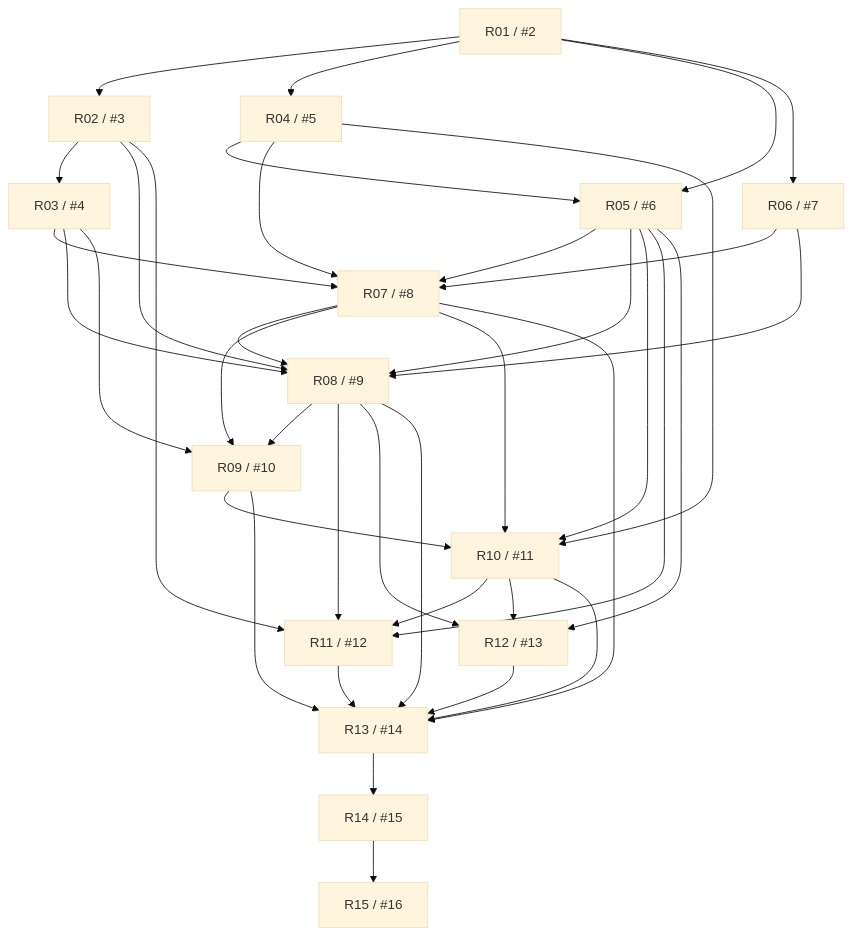
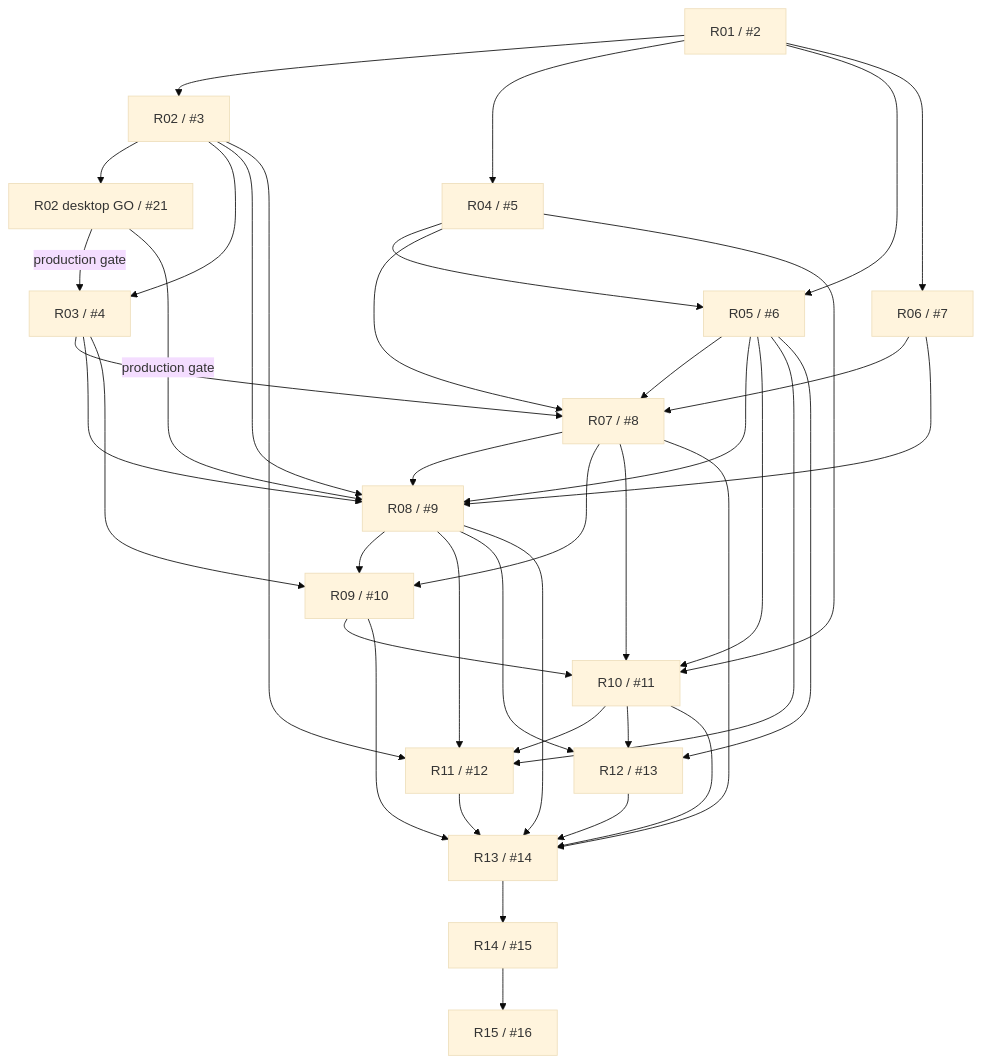
The diagram in docs/RUST_REWRITE_ISSUES.md (tjorim/ElevenClock), drawn with Mermaid (base theme) before and after one commit. The commit also changed other lines of this file and 2 other files, not shown here.

Commit message:
Consolidate deferred desktop acceptance in issue 21

````diff
--- a/docs/RUST_REWRITE_ISSUES.md
+++ b/docs/RUST_REWRITE_ISSUES.md
@@ -45,55 +46,59 @@
 ```mermaid
 flowchart TD
   R01["R01 / #2"]
   R02["R02 / #3"]
+  R02Desktop["R02 desktop GO / #21"]
   R03["R03 / #4"]
   R04["R04 / #5"]
   R05["R05 / #6"]
   R06["R06 / #7"]
   R07["R07 / #8"]
   R08["R08 / #9"]
   R09["R09 / #10"]
   R10["R10 / #11"]
   R11["R11 / #12"]
   R12["R12 / #13"]
   R13["R13 / #14"]
   R14["R14 / #15"]
   R15["R15 / #16"]
   R01 --> R02
+  R02 --> R02Desktop
+  R02Desktop -->|production gate| R03
+  R02Desktop -->|production gate| R08
   R02 --> R03
   R01 --> R04
   R01 --> R05
   R04 --> R05
   R01 --> R06
   R03 --> R07
   R04 --> R07
   R05 --> R07
   R06 --> R07
   R02 --> R08
   R03 --> R08
   R05 --> R08
   R06 --> R08
   R07 --> R08
   R03 --> R09
   R07 --> R09
   R08 --> R09
   R04 --> R10
   R05 --> R10
   R07 --> R10
   R09 --> R10
   R02 --> R11
   R05 --> R11
   R08 --> R11
   R10 --> R11
   R05 --> R12
   R08 --> R12
   R10 --> R12
   R07 --> R13
   R08 --> R13
   R09 --> R13
   R10 --> R13
   R11 --> R13
   R12 --> R13
   R13 --> R14
   R14 --> R15
 ```
````
